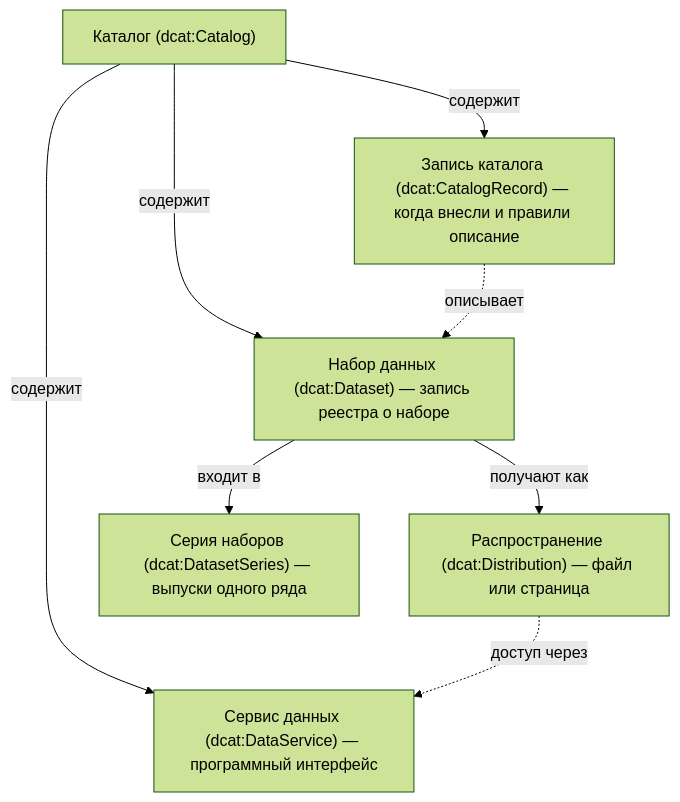
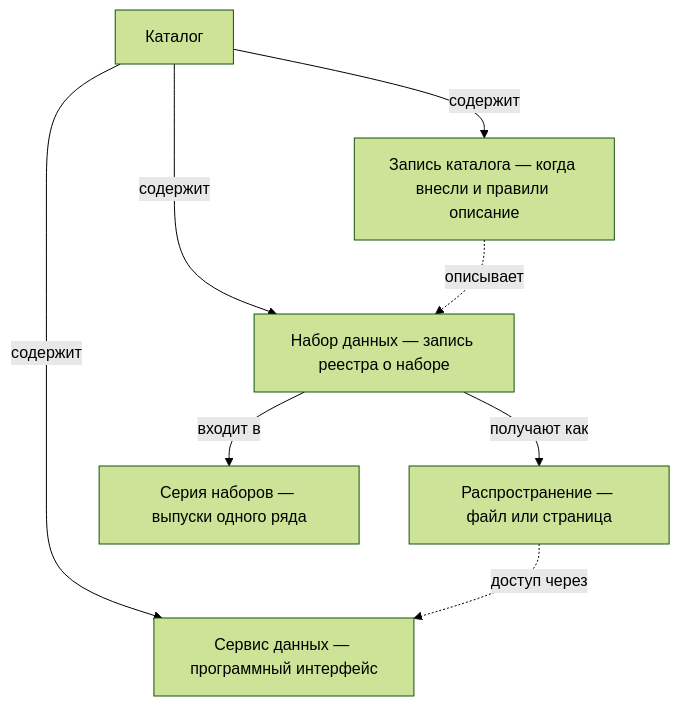
One commit to ivbeg/data-inventory changed the diagram in docs/05-frameworks/02-metadata-standards.md. Above: the diagram before and after it, drawn with Mermaid (forest theme). The commit also changed other lines of this file and 54 other files, not shown here.

````diff
--- a/docs/05-frameworks/02-metadata-standards.md
+++ b/docs/05-frameworks/02-metadata-standards.md
@@ -47,11 +47,11 @@
 ```mermaid
 flowchart TB
-  C["Каталог (dcat:Catalog)"]
-  C -- "содержит" --> D["Набор данных (dcat:Dataset) — запись реестра о наборе"]
-  C -- "содержит" --> S["Сервис данных (dcat:DataService) — программный интерфейс"]
-  C -- "содержит" --> R["Запись каталога (dcat:CatalogRecord) — когда внесли и правили описание"]
-  D -- "получают как" --> F["Распространение (dcat:Distribution) — файл или страница"]
-  D -- "входит в" --> SR["Серия наборов (dcat:DatasetSeries) — выпуски одного ряда"]
+  C["Каталог"]
+  C -- "содержит" --> D["Набор данных — запись реестра о наборе"]
+  C -- "содержит" --> S["Сервис данных — программный интерфейс"]
+  C -- "содержит" --> R["Запись каталога — когда внесли и правили описание"]
+  D -- "получают как" --> F["Распространение — файл или страница"]
+  D -- "входит в" --> SR["Серия наборов — выпуски одного ряда"]
   F -. "доступ через" .-> S
   R -. "описывает" .-> D
 ```
````
